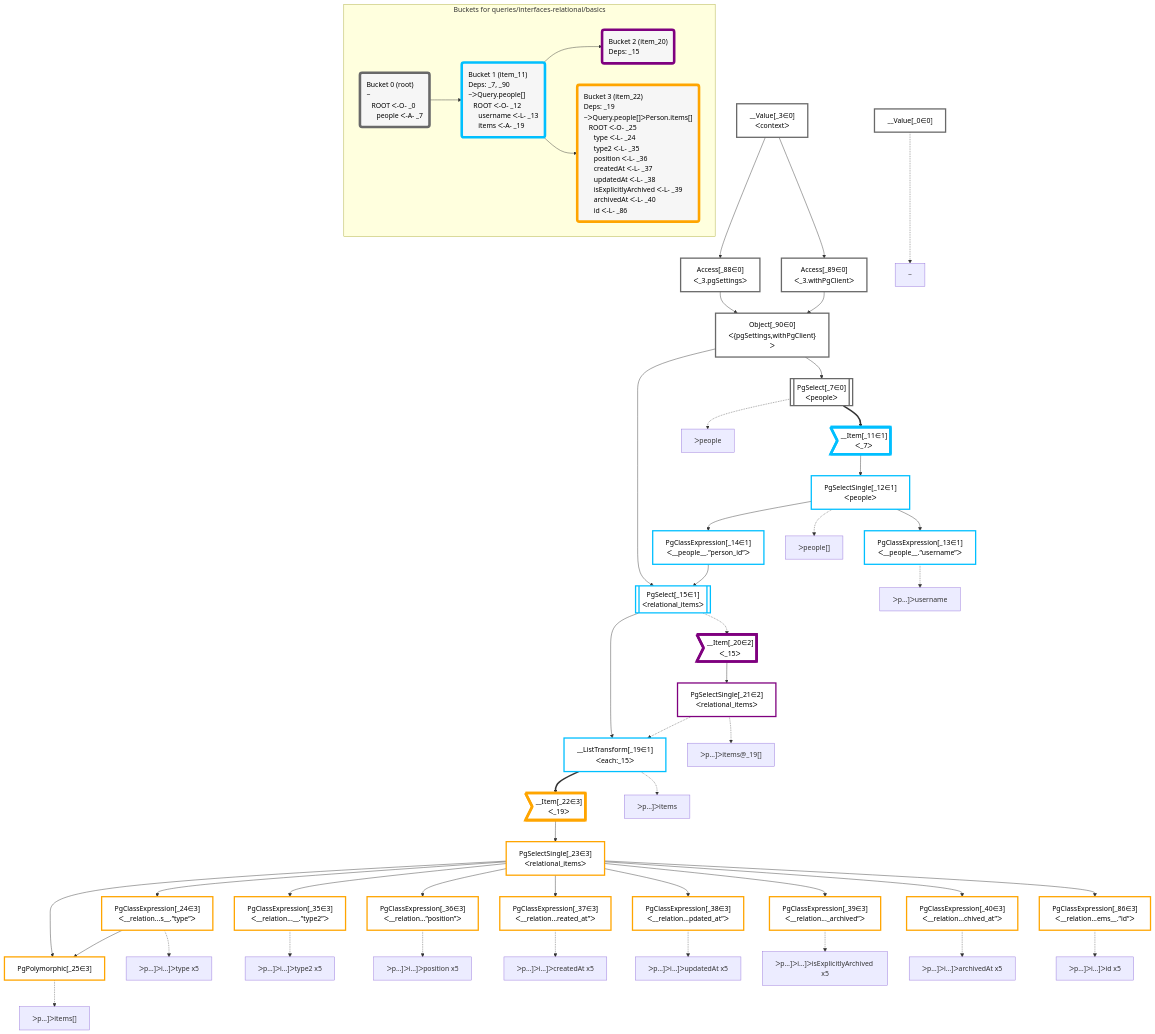
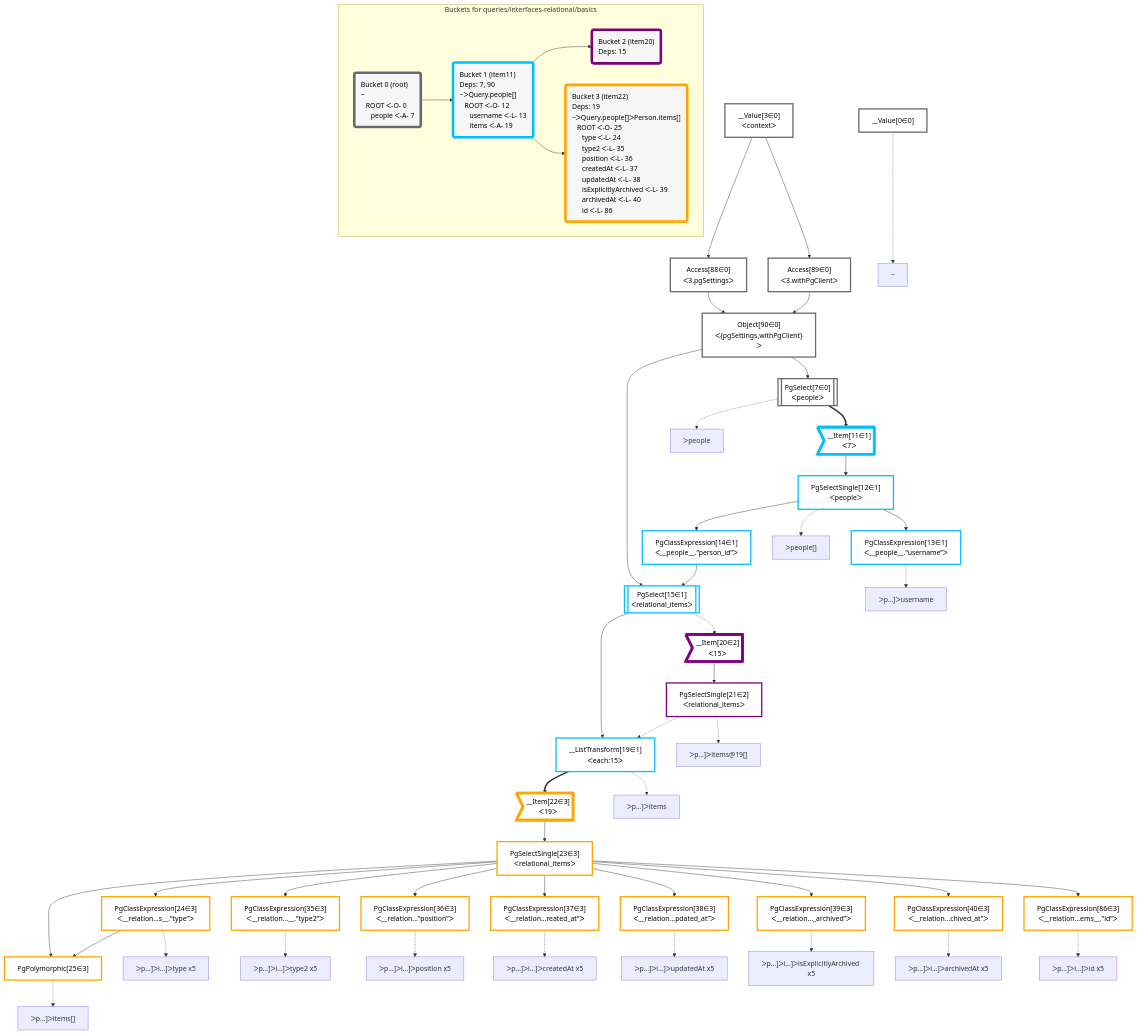
One commit to graphile/crystal changed the diagram in packages/dataplan-pg/__tests__/queries/interfaces-relational/basics.deopt.mermaid.md. Above: the diagram before and after it, drawn with Mermaid. The commit also changed 195 other files, not shown here.

```diff
--- a/packages/dataplan-pg/__tests__/queries/interfaces-relational/basics.deopt.mermaid.md
+++ b/packages/dataplan-pg/__tests__/queries/interfaces-relational/basics.deopt.mermaid.md
@@ -8,103 +8,103 @@
 
 
     %% define plans
-    __Value_0["__Value[_0∈0]"]:::plan
-    PgClassExpression_13["PgClassExpression[_13∈1]<br />ᐸ__people__.”username”ᐳ"]:::plan
-    PgPolymorphic_25["PgPolymorphic[_25∈3]"]:::plan
-    PgClassExpression_24["PgClassExpression[_24∈3]<br />ᐸ__relation...s__.”type”ᐳ"]:::plan
-    PgClassExpression_86["PgClassExpression[_86∈3]<br />ᐸ__relation...ems__.”id”ᐳ"]:::plan
-    PgClassExpression_35["PgClassExpression[_35∈3]<br />ᐸ__relation...__.”type2”ᐳ"]:::plan
-    PgClassExpression_36["PgClassExpression[_36∈3]<br />ᐸ__relation...”position”ᐳ"]:::plan
-    PgClassExpression_37["PgClassExpression[_37∈3]<br />ᐸ__relation...reated_at”ᐳ"]:::plan
-    PgClassExpression_38["PgClassExpression[_38∈3]<br />ᐸ__relation...pdated_at”ᐳ"]:::plan
-    PgClassExpression_39["PgClassExpression[_39∈3]<br />ᐸ__relation..._archived”ᐳ"]:::plan
-    PgClassExpression_40["PgClassExpression[_40∈3]<br />ᐸ__relation...chived_at”ᐳ"]:::plan
-    PgSelectSingle_23["PgSelectSingle[_23∈3]<br />ᐸrelational_itemsᐳ"]:::plan
-    __Item_22>"__Item[_22∈3]<br />ᐸ_19ᐳ"]:::itemplan
-    __ListTransform_19["__ListTransform[_19∈1]<br />ᐸeach:_15ᐳ"]:::plan
-    PgSelectSingle_21["PgSelectSingle[_21∈2]<br />ᐸrelational_itemsᐳ"]:::plan
-    __Item_20>"__Item[_20∈2]<br />ᐸ_15ᐳ"]:::itemplan
-    PgSelect_15[["PgSelect[_15∈1]<br />ᐸrelational_itemsᐳ"]]:::plan
-    PgClassExpression_14["PgClassExpression[_14∈1]<br />ᐸ__people__.”person_id”ᐳ"]:::plan
-    PgSelectSingle_12["PgSelectSingle[_12∈1]<br />ᐸpeopleᐳ"]:::plan
-    __Item_11>"__Item[_11∈1]<br />ᐸ_7ᐳ"]:::itemplan
-    PgSelect_7[["PgSelect[_7∈0]<br />ᐸpeopleᐳ"]]:::plan
-    Object_90["Object[_90∈0]<br />ᐸ{pgSettings,withPgClient}ᐳ"]:::plan
-    Access_88["Access[_88∈0]<br />ᐸ_3.pgSettingsᐳ"]:::plan
-    Access_89["Access[_89∈0]<br />ᐸ_3.withPgClientᐳ"]:::plan
-    __Value_3["__Value[_3∈0]<br />ᐸcontextᐳ"]:::plan
+    __Value0["__Value[0∈0]"]:::plan
+    PgClassExpression13["PgClassExpression[13∈1]<br />ᐸ__people__.”username”ᐳ"]:::plan
+    PgPolymorphic25["PgPolymorphic[25∈3]"]:::plan
+    PgClassExpression24["PgClassExpression[24∈3]<br />ᐸ__relation...s__.”type”ᐳ"]:::plan
+    PgClassExpression86["PgClassExpression[86∈3]<br />ᐸ__relation...ems__.”id”ᐳ"]:::plan
+    PgClassExpression35["PgClassExpression[35∈3]<br />ᐸ__relation...__.”type2”ᐳ"]:::plan
+    PgClassExpression36["PgClassExpression[36∈3]<br />ᐸ__relation...”position”ᐳ"]:::plan
+    PgClassExpression37["PgClassExpression[37∈3]<br />ᐸ__relation...reated_at”ᐳ"]:::plan
+    PgClassExpression38["PgClassExpression[38∈3]<br />ᐸ__relation...pdated_at”ᐳ"]:::plan
+    PgClassExpression39["PgClassExpression[39∈3]<br />ᐸ__relation..._archived”ᐳ"]:::plan
+    PgClassExpression40["PgClassExpression[40∈3]<br />ᐸ__relation...chived_at”ᐳ"]:::plan
+    PgSelectSingle23["PgSelectSingle[23∈3]<br />ᐸrelational_itemsᐳ"]:::plan
+    __Item22>"__Item[22∈3]<br />ᐸ19ᐳ"]:::itemplan
+    __ListTransform19["__ListTransform[19∈1]<br />ᐸeach:15ᐳ"]:::plan
+    PgSelectSingle21["PgSelectSingle[21∈2]<br />ᐸrelational_itemsᐳ"]:::plan
+    __Item20>"__Item[20∈2]<br />ᐸ15ᐳ"]:::itemplan
+    PgSelect15[["PgSelect[15∈1]<br />ᐸrelational_itemsᐳ"]]:::plan
+    PgClassExpression14["PgClassExpression[14∈1]<br />ᐸ__people__.”person_id”ᐳ"]:::plan
+    PgSelectSingle12["PgSelectSingle[12∈1]<br />ᐸpeopleᐳ"]:::plan
+    __Item11>"__Item[11∈1]<br />ᐸ7ᐳ"]:::itemplan
+    PgSelect7[["PgSelect[7∈0]<br />ᐸpeopleᐳ"]]:::plan
+    Object90["Object[90∈0]<br />ᐸ{pgSettings,withPgClient}ᐳ"]:::plan
+    Access88["Access[88∈0]<br />ᐸ3.pgSettingsᐳ"]:::plan
+    Access89["Access[89∈0]<br />ᐸ3.withPgClientᐳ"]:::plan
+    __Value3["__Value[3∈0]<br />ᐸcontextᐳ"]:::plan
 
     %% plan dependencies
-    PgSelectSingle_12 --> PgClassExpression_13
-    PgSelectSingle_23 & PgClassExpression_24 --> PgPolymorphic_25
-    PgSelectSingle_23 --> PgClassExpression_24
-    PgSelectSingle_23 --> PgClassExpression_86
-    PgSelectSingle_23 --> PgClassExpression_35
-    PgSelectSingle_23 --> PgClassExpression_36
-    PgSelectSingle_23 --> PgClassExpression_37
-    PgSelectSingle_23 --> PgClassExpression_38
-    PgSelectSingle_23 --> PgClassExpression_39
-    PgSelectSingle_23 --> PgClassExpression_40
-    __Item_22 --> PgSelectSingle_23
-    __ListTransform_19 ==> __Item_22
-    PgSelect_15 --> __ListTransform_19
-    PgSelectSingle_21 -.-> __ListTransform_19
-    __Item_20 --> PgSelectSingle_21
-    PgSelect_15 -.-> __Item_20
-    Object_90 & PgClassExpression_14 --> PgSelect_15
-    PgSelectSingle_12 --> PgClassExpression_14
-    __Item_11 --> PgSelectSingle_12
-    PgSelect_7 ==> __Item_11
-    Object_90 --> PgSelect_7
-    Access_88 & Access_89 --> Object_90
-    __Value_3 --> Access_88
-    __Value_3 --> Access_89
+    PgSelectSingle12 --> PgClassExpression13
+    PgSelectSingle23 & PgClassExpression24 --> PgPolymorphic25
+    PgSelectSingle23 --> PgClassExpression24
+    PgSelectSingle23 --> PgClassExpression86
+    PgSelectSingle23 --> PgClassExpression35
+    PgSelectSingle23 --> PgClassExpression36
+    PgSelectSingle23 --> PgClassExpression37
+    PgSelectSingle23 --> PgClassExpression38
+    PgSelectSingle23 --> PgClassExpression39
+    PgSelectSingle23 --> PgClassExpression40
+    __Item22 --> PgSelectSingle23
+    __ListTransform19 ==> __Item22
+    PgSelect15 --> __ListTransform19
+    PgSelectSingle21 -.-> __ListTransform19
+    __Item20 --> PgSelectSingle21
+    PgSelect15 -.-> __Item20
+    Object90 & PgClassExpression14 --> PgSelect15
+    PgSelectSingle12 --> PgClassExpression14
+    __Item11 --> PgSelectSingle12
+    PgSelect7 ==> __Item11
+    Object90 --> PgSelect7
+    Access88 & Access89 --> Object90
+    __Value3 --> Access88
+    __Value3 --> Access89
 
     %% plan-to-path relationships
-    P_0["~"]
-    __Value_0 -.-> P_0
-    P_7["ᐳpeople"]
-    PgSelect_7 -.-> P_7
-    P_12["ᐳpeople[]"]
-    PgSelectSingle_12 -.-> P_12
-    P_13["ᐳp…]ᐳusername"]
-    PgClassExpression_13 -.-> P_13
-    P_19["ᐳp…]ᐳitems"]
-    __ListTransform_19 -.-> P_19
-    P_21["ᐳp…]ᐳitems@_19[]"]
-    PgSelectSingle_21 -.-> P_21
-    P_24["ᐳp…]ᐳi…]ᐳtype x5"]
-    PgClassExpression_24 -.-> P_24
-    P_25["ᐳp…]ᐳitems[]"]
-    PgPolymorphic_25 -.-> P_25
-    P_35["ᐳp…]ᐳi…]ᐳtype2 x5"]
-    PgClassExpression_35 -.-> P_35
-    P_36["ᐳp…]ᐳi…]ᐳposition x5"]
-    PgClassExpression_36 -.-> P_36
-    P_37["ᐳp…]ᐳi…]ᐳcreatedAt x5"]
-    PgClassExpression_37 -.-> P_37
-    P_38["ᐳp…]ᐳi…]ᐳupdatedAt x5"]
-    PgClassExpression_38 -.-> P_38
-    P_39["ᐳp…]ᐳi…]ᐳisExplicitlyArchived x5"]
-    PgClassExpression_39 -.-> P_39
-    P_40["ᐳp…]ᐳi…]ᐳarchivedAt x5"]
-    PgClassExpression_40 -.-> P_40
-    P_86["ᐳp…]ᐳi…]ᐳid x5"]
-    PgClassExpression_86 -.-> P_86
+    P0["~"]
+    __Value0 -.-> P0
+    P7["ᐳpeople"]
+    PgSelect7 -.-> P7
+    P12["ᐳpeople[]"]
+    PgSelectSingle12 -.-> P12
+    P13["ᐳp…]ᐳusername"]
+    PgClassExpression13 -.-> P13
+    P19["ᐳp…]ᐳitems"]
+    __ListTransform19 -.-> P19
+    P21["ᐳp…]ᐳitems@19[]"]
+    PgSelectSingle21 -.-> P21
+    P24["ᐳp…]ᐳi…]ᐳtype x5"]
+    PgClassExpression24 -.-> P24
+    P25["ᐳp…]ᐳitems[]"]
+    PgPolymorphic25 -.-> P25
+    P35["ᐳp…]ᐳi…]ᐳtype2 x5"]
+    PgClassExpression35 -.-> P35
+    P36["ᐳp…]ᐳi…]ᐳposition x5"]
+    PgClassExpression36 -.-> P36
+    P37["ᐳp…]ᐳi…]ᐳcreatedAt x5"]
+    PgClassExpression37 -.-> P37
+    P38["ᐳp…]ᐳi…]ᐳupdatedAt x5"]
+    PgClassExpression38 -.-> P38
+    P39["ᐳp…]ᐳi…]ᐳisExplicitlyArchived x5"]
+    PgClassExpression39 -.-> P39
+    P40["ᐳp…]ᐳi…]ᐳarchivedAt x5"]
+    PgClassExpression40 -.-> P40
+    P86["ᐳp…]ᐳi…]ᐳid x5"]
+    PgClassExpression86 -.-> P86
 
     subgraph "Buckets for queries/interfaces-relational/basics"
-    Bucket0("Bucket 0 (root)<br />~<br />⠀ROOT ᐸ-O- _0<br />⠀⠀people ᐸ-A- _7"):::bucket
+    Bucket0("Bucket 0 (root)<br />~<br />⠀ROOT ᐸ-O- 0<br />⠀⠀people ᐸ-A- 7"):::bucket
     classDef bucket0 stroke:#696969
-    class Bucket0,__Value_0,__Value_3,PgSelect_7,Access_88,Access_89,Object_90 bucket0
-    Bucket1("Bucket 1 (item_11)<br />Deps: _7, _90<br />~ᐳQuery.people[]<br />⠀ROOT ᐸ-O- _12<br />⠀⠀username ᐸ-L- _13<br />⠀⠀items ᐸ-A- _19"):::bucket
+    class Bucket0,__Value0,__Value3,PgSelect7,Access88,Access89,Object90 bucket0
+    Bucket1("Bucket 1 (item11)<br />Deps: 7, 90<br />~ᐳQuery.people[]<br />⠀ROOT ᐸ-O- 12<br />⠀⠀username ᐸ-L- 13<br />⠀⠀items ᐸ-A- 19"):::bucket
     classDef bucket1 stroke:#00bfff
-    class Bucket1,__Item_11,PgSelectSingle_12,PgClassExpression_13,PgClassExpression_14,PgSelect_15,__ListTransform_19 bucket1
-    Bucket2("Bucket 2 (item_20)<br />Deps: _15"):::bucket
+    class Bucket1,__Item11,PgSelectSingle12,PgClassExpression13,PgClassExpression14,PgSelect15,__ListTransform19 bucket1
+    Bucket2("Bucket 2 (item20)<br />Deps: 15"):::bucket
     classDef bucket2 stroke:#7f007f
-    class Bucket2,__Item_20,PgSelectSingle_21 bucket2
-    Bucket3("Bucket 3 (item_22)<br />Deps: _19<br />~ᐳQuery.people[]ᐳPerson.items[]<br />⠀ROOT ᐸ-O- _25<br />⠀⠀type ᐸ-L- _24<br />⠀⠀type2 ᐸ-L- _35<br />⠀⠀position ᐸ-L- _36<br />⠀⠀createdAt ᐸ-L- _37<br />⠀⠀updatedAt ᐸ-L- _38<br />⠀⠀isExplicitlyArchived ᐸ-L- _39<br />⠀⠀archivedAt ᐸ-L- _40<br />⠀⠀id ᐸ-L- _86"):::bucket
+    class Bucket2,__Item20,PgSelectSingle21 bucket2
+    Bucket3("Bucket 3 (item22)<br />Deps: 19<br />~ᐳQuery.people[]ᐳPerson.items[]<br />⠀ROOT ᐸ-O- 25<br />⠀⠀type ᐸ-L- 24<br />⠀⠀type2 ᐸ-L- 35<br />⠀⠀position ᐸ-L- 36<br />⠀⠀createdAt ᐸ-L- 37<br />⠀⠀updatedAt ᐸ-L- 38<br />⠀⠀isExplicitlyArchived ᐸ-L- 39<br />⠀⠀archivedAt ᐸ-L- 40<br />⠀⠀id ᐸ-L- 86"):::bucket
     classDef bucket3 stroke:#ffa500
-    class Bucket3,__Item_22,PgSelectSingle_23,PgClassExpression_24,PgPolymorphic_25,PgClassExpression_35,PgClassExpression_36,PgClassExpression_37,PgClassExpression_38,PgClassExpression_39,PgClassExpression_40,PgClassExpression_86 bucket3
+    class Bucket3,__Item22,PgSelectSingle23,PgClassExpression24,PgPolymorphic25,PgClassExpression35,PgClassExpression36,PgClassExpression37,PgClassExpression38,PgClassExpression39,PgClassExpression40,PgClassExpression86 bucket3
     Bucket0 --> Bucket1
     Bucket1 --> Bucket2 & Bucket3
     end
```
